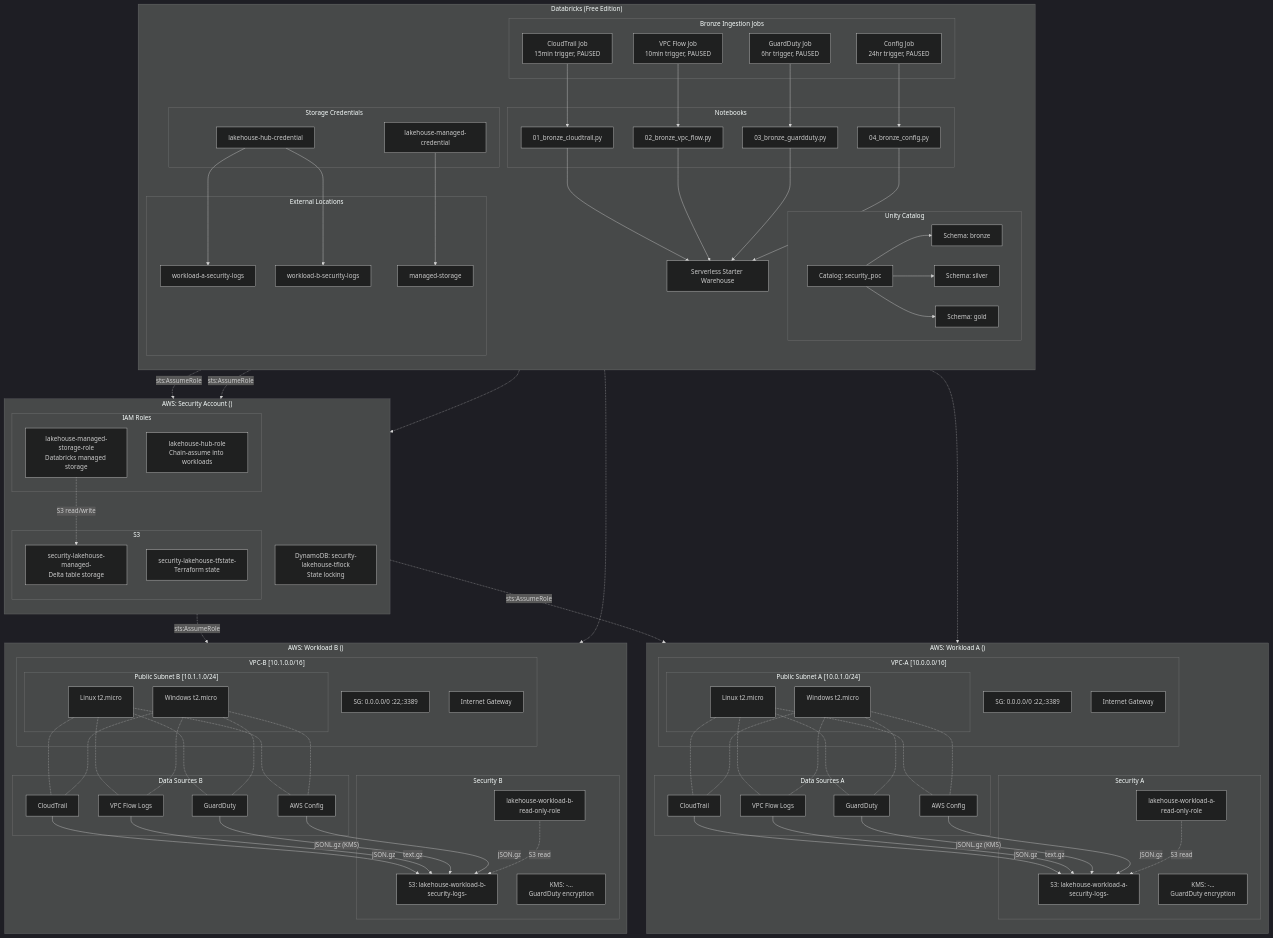
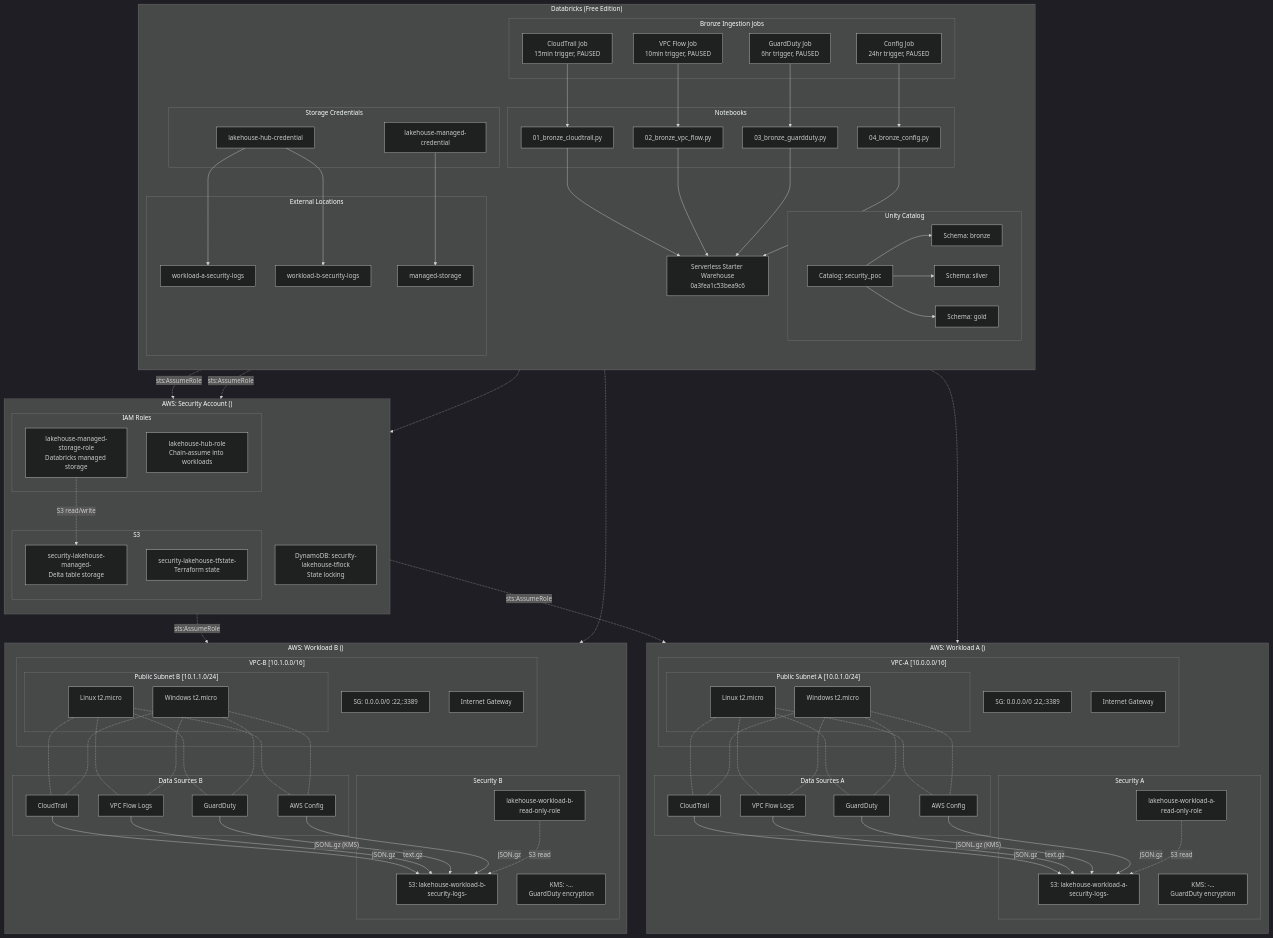
One commit to snk5125/security-data-platform changed the first of 4 diagrams in architecture_diagram.md. Above: the diagram before and after it, drawn with Mermaid (dark theme). The commit also changed 6 other files, not shown here.

```diff
--- a/architecture_diagram.md
+++ b/architecture_diagram.md
@@ -8,7 +8,7 @@
 graph TB
     subgraph "Databricks (Free Edition)"
         direction TB
-        DW["Serverless Starter Warehouse<br/><WAREHOUSE_ID>"]
+        DW["Serverless Starter Warehouse<br/>0a3fea1c53bea9c6"]
 
         subgraph "Unity Catalog"
             CAT["Catalog: security_poc"]
```
